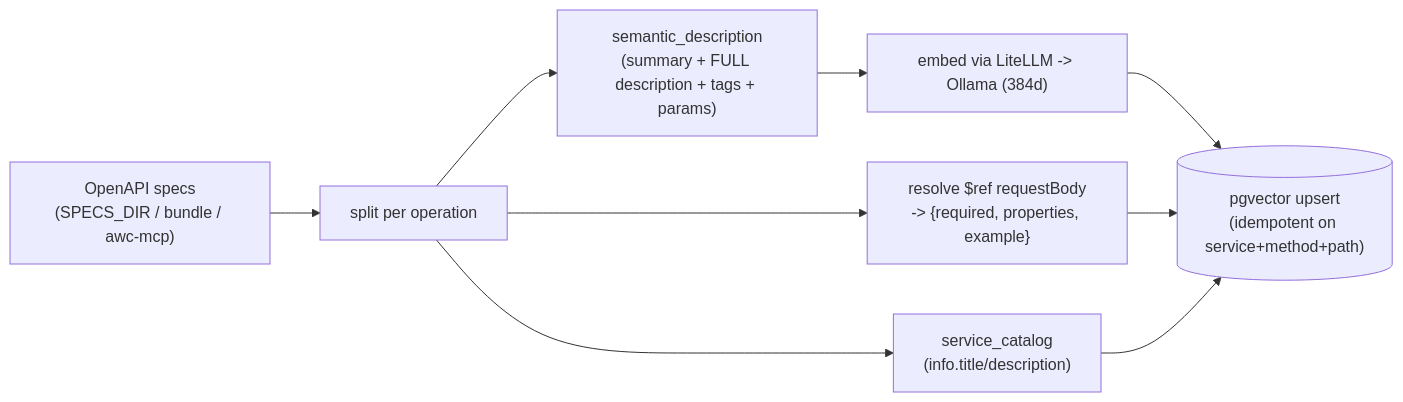
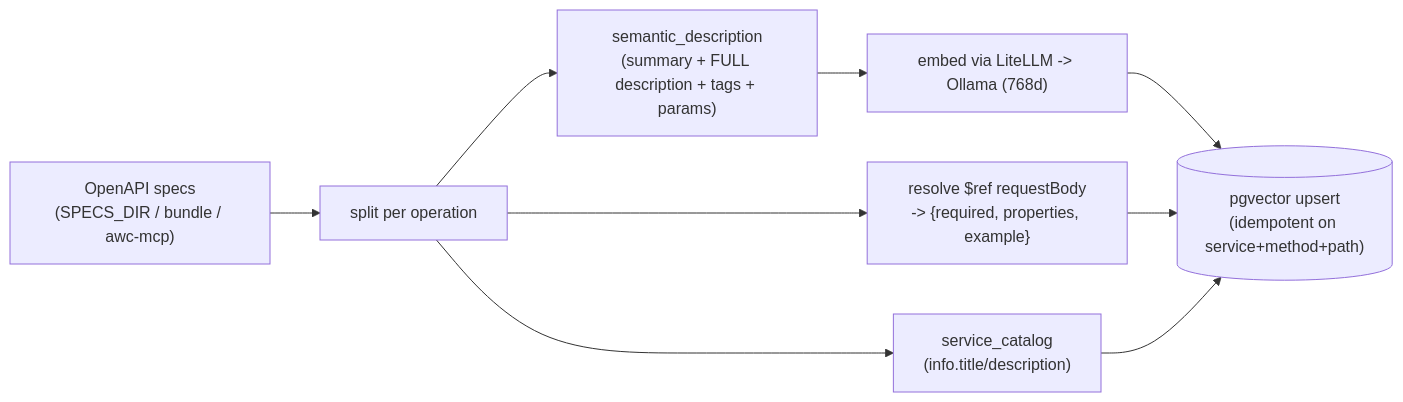
The third of 8 diagrams in ARCHITECTURE.md (ddalton/plore), drawn with Mermaid before and after one commit. The commit also changed other lines of this file and 18 other files, not shown here.

````diff
--- a/ARCHITECTURE.md
+++ b/ARCHITECTURE.md
@@ -120,11 +120,11 @@
 ```mermaid
 flowchart LR
     specs["OpenAPI specs<br/>(SPECS_DIR / bundle / awc-mcp)"] --> split["split per operation"]
     split --> desc["semantic_description<br/>(summary + FULL description + tags + params)"]
     split --> body["resolve $ref requestBody<br/>-> {required, properties, example}"]
     split --> svc["service_catalog<br/>(info.title/description)"]
-    desc --> embed["embed via LiteLLM -> Ollama (384d)"]
+    desc --> embed["embed via LiteLLM -> Ollama (768d)"]
     embed --> upsert[("pgvector upsert<br/>(idempotent on service+method+path)")]
     body --> upsert
     svc --> upsert
 ```
````
